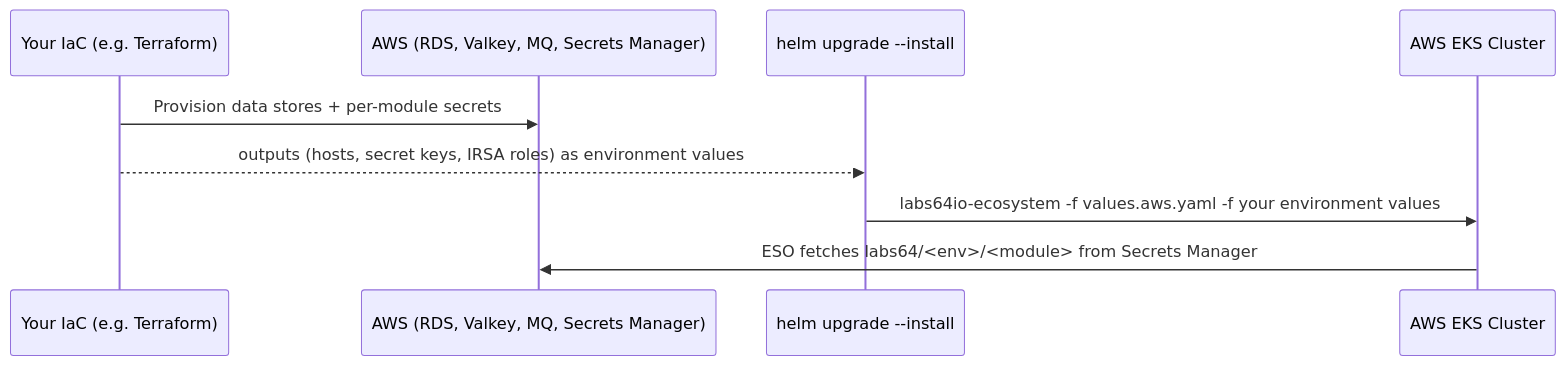
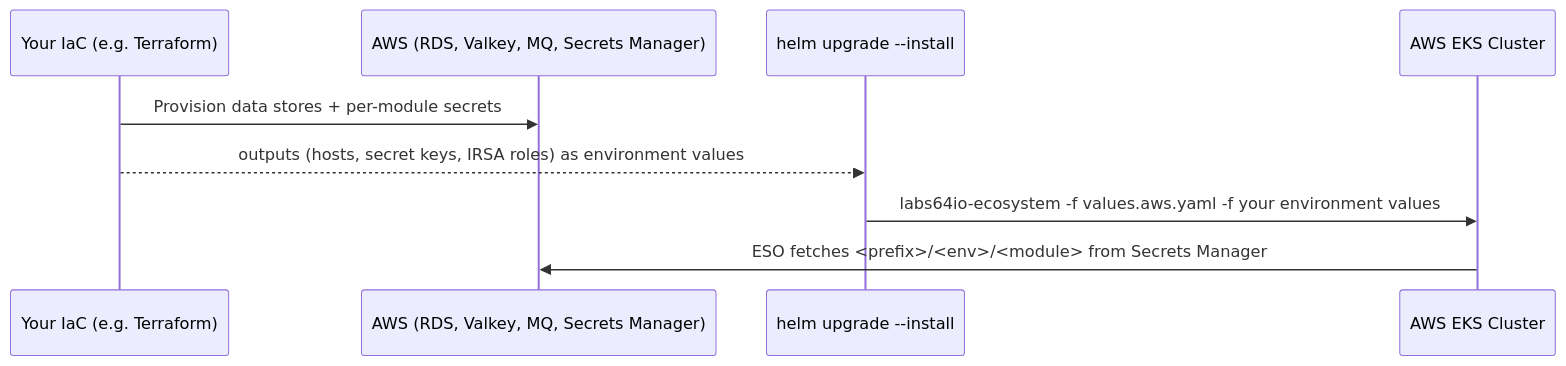
Before and after one commit to Labs64/labs64.io-helm-charts: the third of 3 diagrams in docs/reference.md, drawn with Mermaid. The commit also changed other lines of this file and 2 other files, not shown here.

Commit message:
Improve helm docu

````diff
--- a/docs/reference.md
+++ b/docs/reference.md
@@ -143,12 +143,12 @@
 ```mermaid
 sequenceDiagram
     participant TF as Your IaC (e.g. Terraform)
     participant AWS as AWS (RDS, Valkey, MQ, Secrets Manager)
     participant Just as helm upgrade --install
     participant Cluster as AWS EKS Cluster
 
     TF->>AWS: Provision data stores + per-module secrets
     TF-->>Just: outputs (hosts, secret keys, IRSA roles) as environment values
     Just->>Cluster: labs64io-ecosystem -f values.aws.yaml -f your environment values
-    Cluster->>AWS: ESO fetches labs64/<env>/<module> from Secrets Manager
+    Cluster->>AWS: ESO fetches <prefix>/<env>/<module> from Secrets Manager
 ```
````
